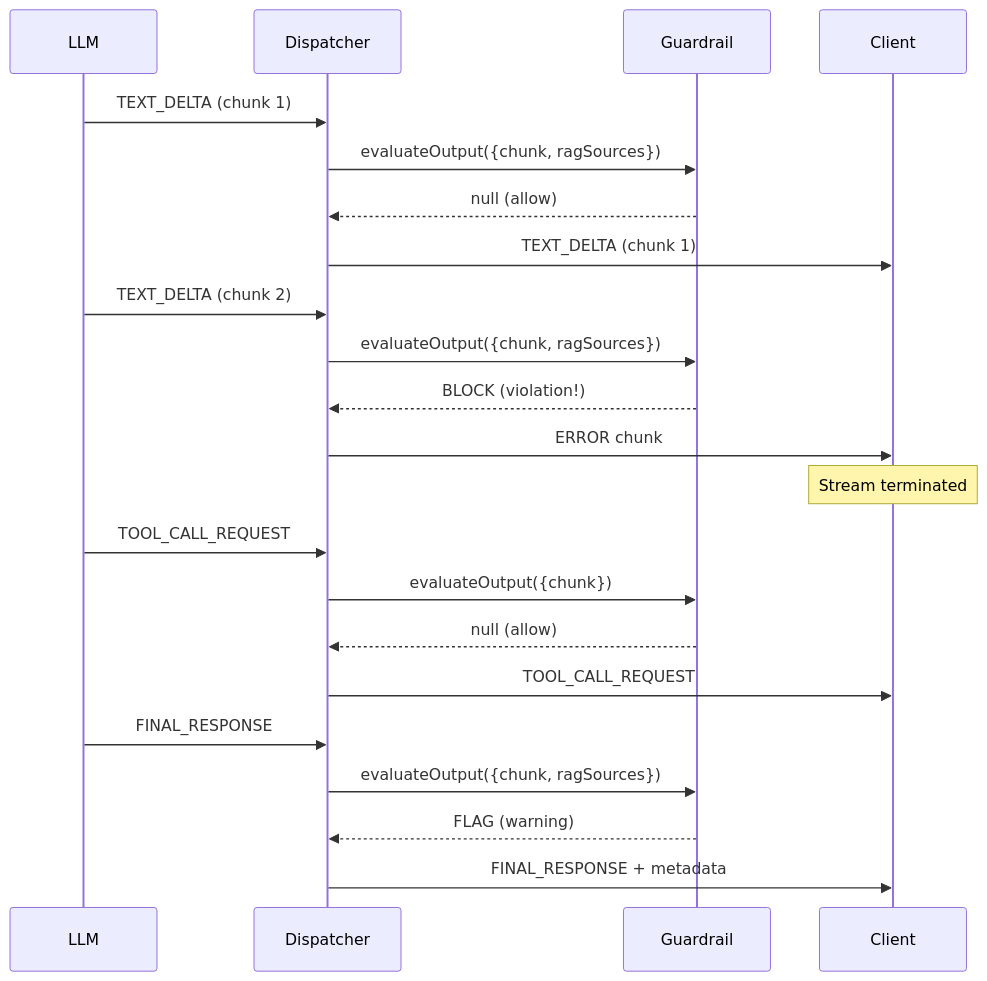
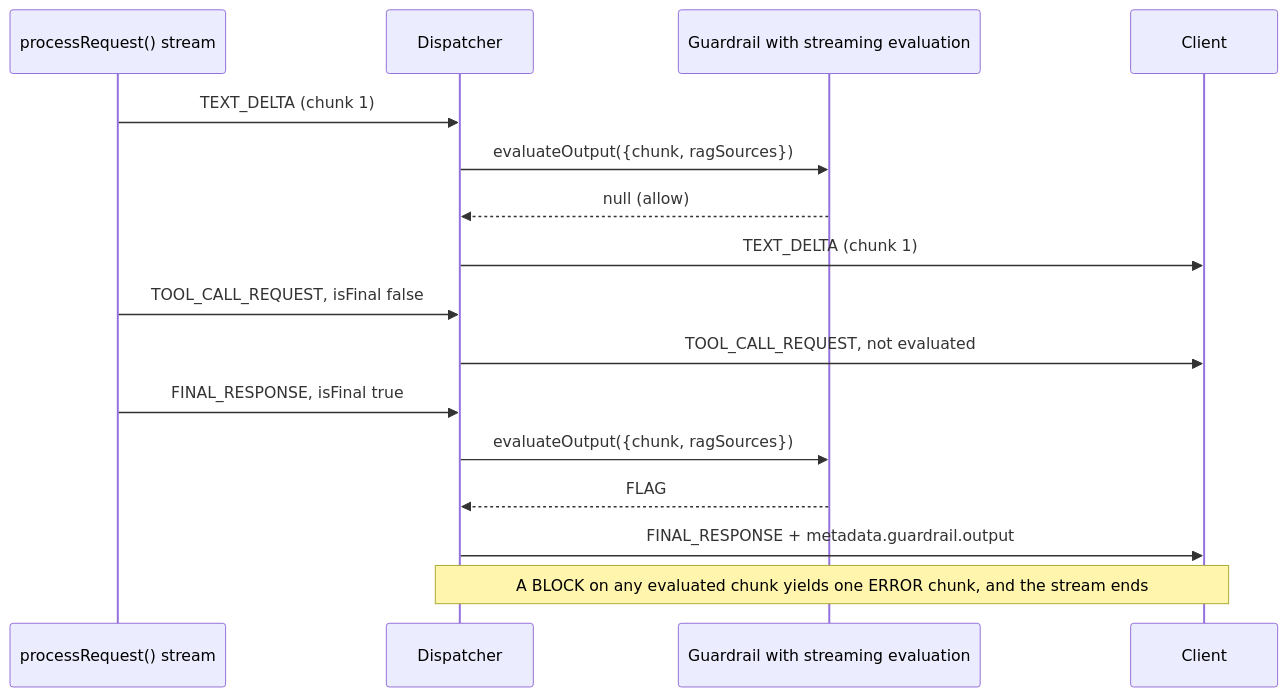
The third of 3 diagrams in static-docs/features/guardrails-architecture.md (framerslab/agentos-live-docs), drawn with Mermaid before and after one commit. The commit also changed other lines of this file, not shown here.

````diff
--- a/static-docs/features/guardrails-architecture.md
+++ b/static-docs/features/guardrails-architecture.md
@@ -92,28 +92,22 @@
 ```mermaid
 sequenceDiagram
-    participant LLM
+    participant Stream as processRequest() stream
     participant Dispatcher
-    participant Guardrail
+    participant Guardrail as Guardrail with streaming evaluation
     participant Client
 
-    LLM->>Dispatcher: TEXT_DELTA (chunk 1)
+    Stream->>Dispatcher: TEXT_DELTA (chunk 1)
     Dispatcher->>Guardrail: evaluateOutput({chunk, ragSources})
     Guardrail-->>Dispatcher: null (allow)
     Dispatcher->>Client: TEXT_DELTA (chunk 1)
 
-    LLM->>Dispatcher: TEXT_DELTA (chunk 2)
+    Stream->>Dispatcher: TOOL_CALL_REQUEST, isFinal false
+    Dispatcher->>Client: TOOL_CALL_REQUEST, not evaluated
+
+    Stream->>Dispatcher: FINAL_RESPONSE, isFinal true
     Dispatcher->>Guardrail: evaluateOutput({chunk, ragSources})
-    Guardrail-->>Dispatcher: BLOCK (violation!)
-    Dispatcher->>Client: ERROR chunk
-    Note over Client: Stream terminated
+    Guardrail-->>Dispatcher: FLAG
+    Dispatcher->>Client: FINAL_RESPONSE + metadata.guardrail.output
 
-    LLM->>Dispatcher: TOOL_CALL_REQUEST
-    Dispatcher->>Guardrail: evaluateOutput({chunk})
-    Guardrail-->>Dispatcher: null (allow)
-    Dispatcher->>Client: TOOL_CALL_REQUEST
-
-    LLM->>Dispatcher: FINAL_RESPONSE
-    Dispatcher->>Guardrail: evaluateOutput({chunk, ragSources})
-    Guardrail-->>Dispatcher: FLAG (warning)
-    Dispatcher->>Client: FINAL_RESPONSE + metadata
+    Note over Dispatcher,Client: A BLOCK on any evaluated chunk yields one ERROR chunk, and the stream ends
 ```
````
